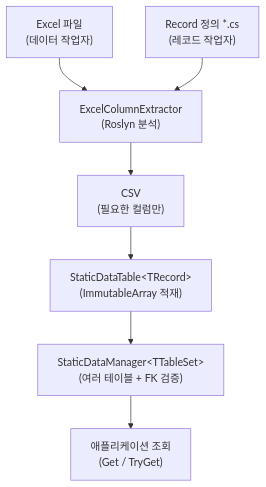
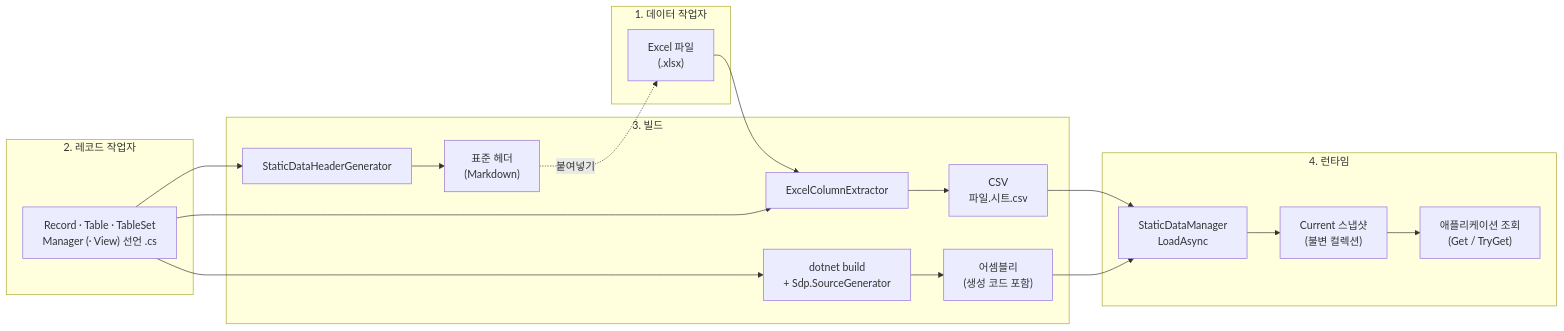
One commit to bluekms/StaticDataPipeline changed the diagram in Docs/ko/01-introduction.md. Above: the diagram before and after it, drawn with Mermaid. The commit also changed other lines of this file and 18 other files, not shown here.

````diff
--- a/Docs/ko/01-introduction.md
+++ b/Docs/ko/01-introduction.md
@@ -40,17 +47,33 @@
 ```mermaid
-flowchart TB
-    Excel["Excel 파일<br/>(데이터 작업자)"]
-    Record["Record 정의 *.cs<br/>(레코드 작업자)"]
-    Extractor["ExcelColumnExtractor<br/>(Roslyn 분석)"]
-    Csv["CSV<br/>(필요한 컬럼만)"]
-    Table["StaticDataTable&lt;TRecord&gt;<br/>(ImmutableArray 적재)"]
-    Manager["StaticDataManager&lt;TTableSet&gt;<br/>(여러 테이블 + FK 검증)"]
-    App["애플리케이션 조회<br/>(Get / TryGet)"]
-
+flowchart LR
+    subgraph data["1. 데이터 작업자"]
+        Excel["Excel 파일<br/>(.xlsx)"]
+    end
+    subgraph code["2. 레코드 작업자"]
+        Record["Record · Table · TableSet<br/>Manager (· View) 선언 .cs"]
+    end
+    subgraph build["3. 빌드"]
+        HeaderGen["StaticDataHeaderGenerator"]
+        Headers["표준 헤더<br/>(Markdown)"]
+        Extractor["ExcelColumnExtractor"]
+        Csv["CSV<br/>파일.시트.csv"]
+        Compile["dotnet build<br/>+ Sdp.SourceGenerator"]
+        Assembly["어셈블리<br/>(생성 코드 포함)"]
+        HeaderGen --> Headers
+        Extractor --> Csv
+        Compile --> Assembly
+    end
+    subgraph runtime["4. 런타임"]
+        Load["StaticDataManager<br/>LoadAsync"]
+        Current["Current 스냅샷<br/>(불변 컬렉션)"]
+        App["애플리케이션 조회<br/>(Get / TryGet)"]
+        Load --> Current --> App
+    end
+    Record --> HeaderGen
+    Headers -.->|붙여넣기| Excel
     Excel --> Extractor
     Record --> Extractor
-    Extractor --> Csv
-    Csv --> Table
-    Table --> Manager
-    Manager --> App
+    Record --> Compile
+    Csv --> Load
+    Assembly --> Load
 ```
````
